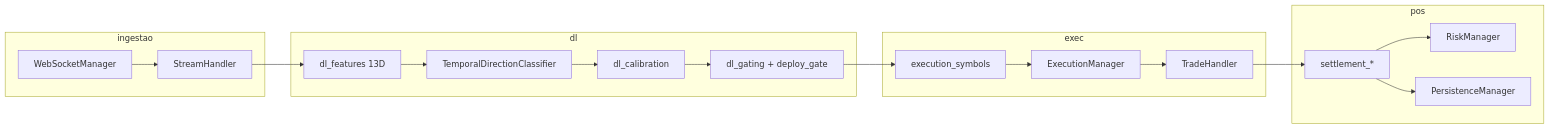
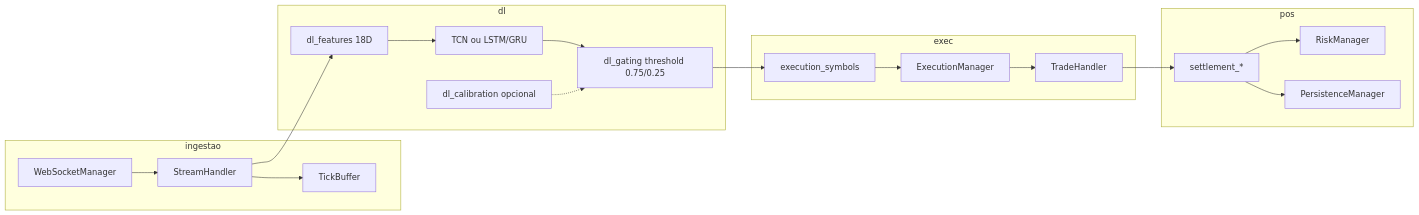
Before and after one commit to victorh-silveira/aether-quantum-engine: the diagram in docs/arquitetura.md, drawn with Mermaid. The commit also changed other lines of this file and 152 other files, not shown here.

````diff
--- a/docs/arquitetura.md
+++ b/docs/arquitetura.md
@@ -27,26 +27,30 @@
 ```mermaid
 flowchart LR
   subgraph ingestao
     WS[WebSocketManager]
     SH[StreamHandler]
+    TB[TickBuffer]
   end
   subgraph dl
-    FEAT[dl_features 13D]
-    TCN[TemporalDirectionClassifier]
-    CAL[dl_calibration]
-    GATE[dl_gating + deploy_gate]
+    FEAT[dl_features 18D]
+    MODEL[TCN ou LSTM/GRU]
+    CAL[dl_calibration opcional]
+    GATE[dl_gating threshold 0.75/0.25]
   end
   subgraph exec
     SEL[execution_symbols]
     EM[ExecutionManager]
     TH[TradeHandler]
   end
   subgraph pos
     ST[settlement_*]
     RM[RiskManager]
     PM[PersistenceManager]
   end
-  WS --> SH --> FEAT --> TCN --> CAL --> GATE --> SEL --> EM --> TH
+  WS --> SH
+  SH --> TB
+  SH --> FEAT --> MODEL --> GATE --> SEL --> EM --> TH
+  CAL -.-> GATE
   TH --> ST --> RM
   ST --> PM
 ```
````
